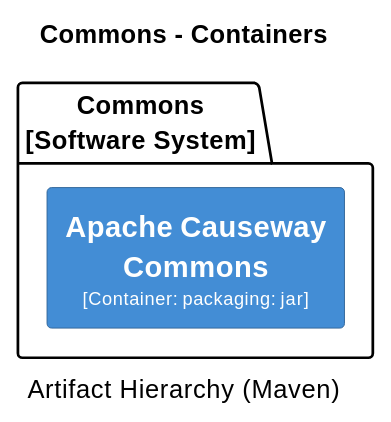
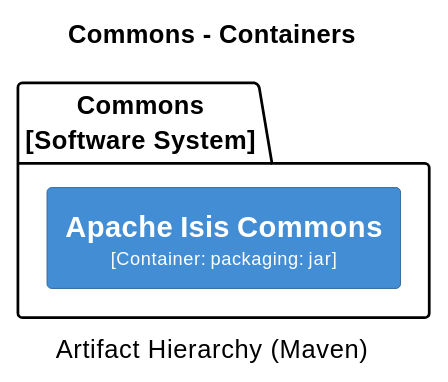
Before and after one commit to Supermajestcd/XMP--toolkits: the sixth of 32 diagrams in core/adoc/modules/_overview/pages/about.adoc, drawn with PlantUML. The commit also changed other lines of this file and 13599 other files, not shown here.

```diff
--- a/core/adoc/modules/_overview/pages/about.adoc
+++ b/core/adoc/modules/_overview/pages/about.adoc
@@ -1009,25 +994,25 @@
 [plantuml,Commons,svg]
 ----
 @startuml(id=Commons)
 title Commons - Containers
 caption Artifact Hierarchy (Maven)
 
 skinparam {
   shadowing false
   arrowFontSize 10
   defaultTextAlignment center
   wrapWidth 200
   maxMessageSize 100
 }
 hide stereotype
 left to right direction
 skinparam rectangle<<2>> {
   BackgroundColor #438dd5
   FontColor #fffffe
   BorderColor #2E6295
 }
 package "Commons\n[Software System]" {
-  rectangle "==Apache Causeway Commons\n<size:10>[Container: packaging: jar]</size>" <<2>> as 2
+  rectangle "==Apache Isis Commons\n<size:10>[Container: packaging: jar]</size>" <<2>> as 2
 }
 @enduml
 ----
```
